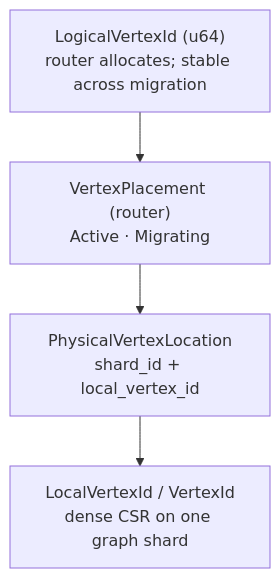
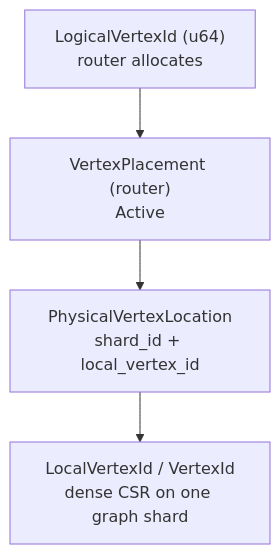
Before and after one commit to perforate-org/gleaph: the first of 2 diagrams in design/federation/model.md, drawn with Mermaid. The commit also changed other lines of this file and 54 other files, not shown here.

````diff
--- a/design/federation/model.md
+++ b/design/federation/model.md
@@ -23,7 +22,7 @@
 ```mermaid
 flowchart TD
-    L["LogicalVertexId (u64)<br/>router allocates; stable across migration"]
-    L --> VP["VertexPlacement (router)<br/>Active · Migrating"]
+    L["LogicalVertexId (u64)<br/>router allocates"]
+    L --> VP["VertexPlacement (router)<br/>Active"]
     VP --> PVL["PhysicalVertexLocation<br/>shard_id + local_vertex_id"]
     PVL --> LV["LocalVertexId / VertexId<br/>dense CSR on one graph shard"]
 ```
````
